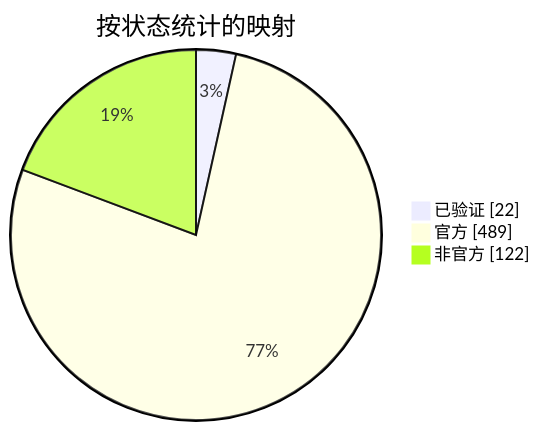
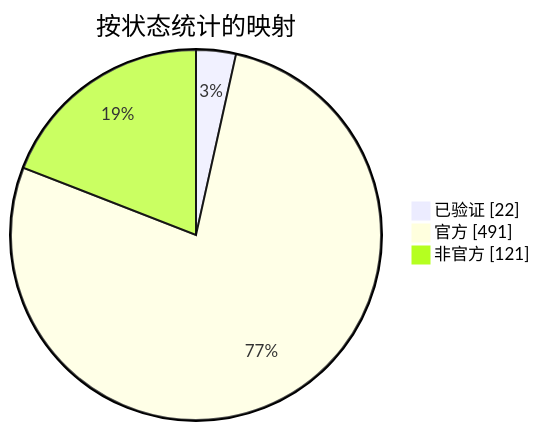
The diagram in docs/readme/README_ZHS.md (nobrega8/mbmap-library), drawn with Mermaid before and after one commit. The commit also changed 7 other files, not shown here.

````diff
--- a/docs/readme/README_ZHS.md
+++ b/docs/readme/README_ZHS.md
@@ -54,7 +54,7 @@
 ```mermaid
 pie showData
     title 按状态统计的映射
     "已验证" : 22
-    "官方" : 489
-    "非官方" : 122
+    "官方" : 491
+    "非官方" : 121
 ```
````
